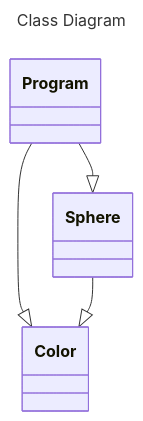
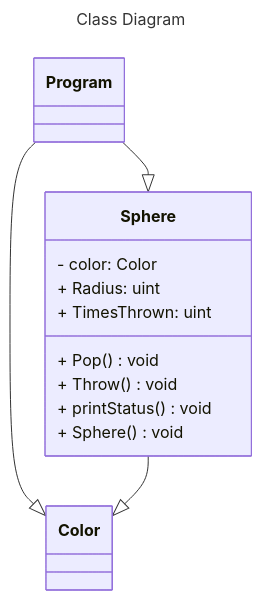
The diagram in BetterColorSpheres/README.md (InesLexiGomes/LP1Semana06), drawn with Mermaid before and after one commit.

Commit message:
Added variables, properties and methods to the Sphere class in the class diagram

````diff
--- a/BetterColorSpheres/README.md
+++ b/BetterColorSpheres/README.md
@@ -3,9 +3,23 @@
 ```mermaid
 ---
 title: Class Diagram
 ---
 classDiagram
     Program --|> Color
     Sphere --|> Color
     Program --|> Sphere
+    class Program{
+        
+    }
+    class Sphere{
+        - color: Color
+        + Radius: uint
+        + TimesThrown: uint
+        + Pop() void
+        + Throw() void
+        + printStatus() void
+        + Sphere() void
+    }
+
+    
 ```
````
